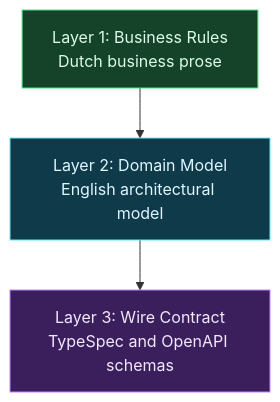
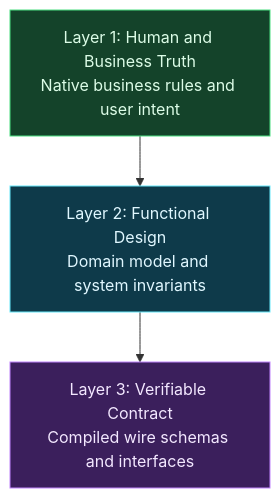
The diagram in nodes/the-three-layer-system-for-consistent-ai-specifications.md (royberris/Blog), drawn with Mermaid before and after one commit. The commit also changed other lines of this file, not shown here.

Commit message:
Refactor post: frame specification as functional design single source of truth

````diff
--- a/nodes/the-three-layer-system-for-consistent-ai-specifications.md
+++ b/nodes/the-three-layer-system-for-consistent-ai-specifications.md
@@ -31,9 +31,9 @@
 ```mermaid
 flowchart TD
-    L1["Layer 1: Business Rules<br/>Dutch business prose"] --> L2["Layer 2: Domain Model<br/>English architectural model"]
-    L2 --> L3["Layer 3: Wire Contract<br/>TypeSpec and OpenAPI schemas"]
+    L1["Layer 1: Human and Business Truth<br/>Native business rules and user intent"] --> L2["Layer 2: Functional Design<br/>Domain model and system invariants"]
+    L2 --> L3["Layer 3: Verifiable Contract<br/>Compiled wire schemas and interfaces"]
 
     style L1 fill:#14432a,stroke:#4ade80,color:#dcfce7
     style L2 fill:#0e3a4a,stroke:#67e8f9,color:#e0f7ff
     style L3 fill:#3b1f5c,stroke:#c084fc,color:#f3e8ff
 ```
````
